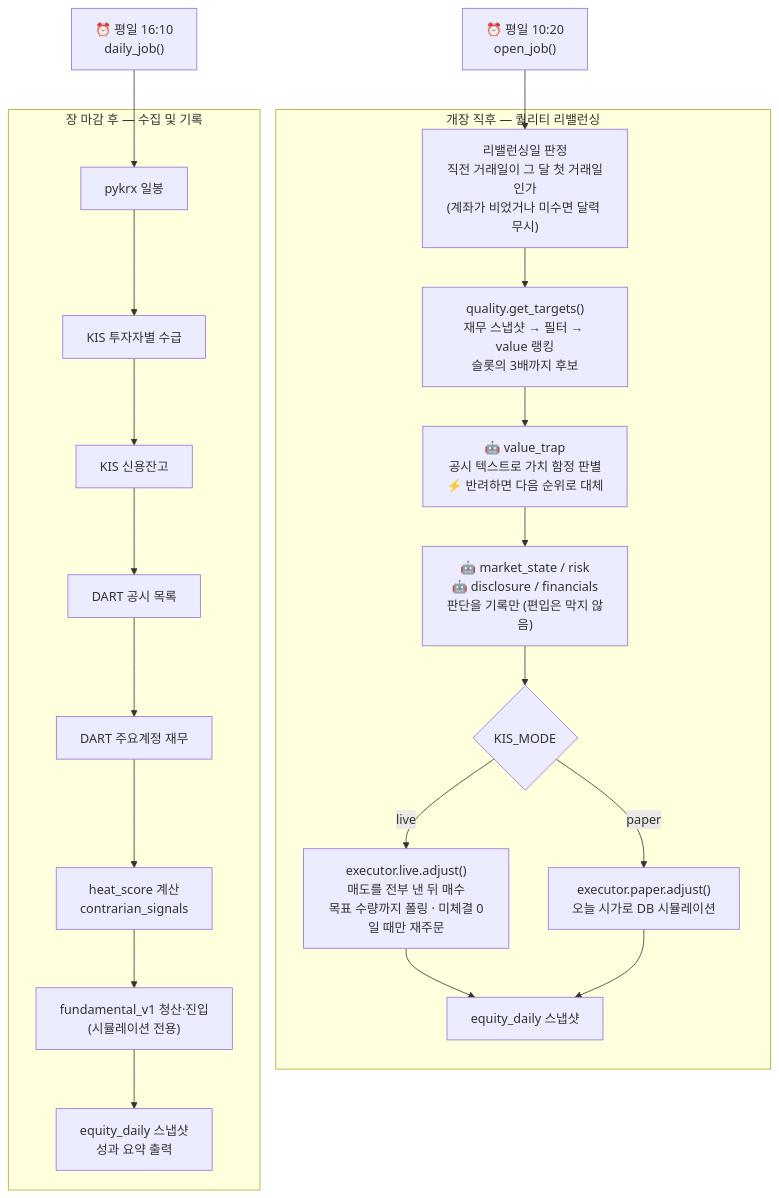
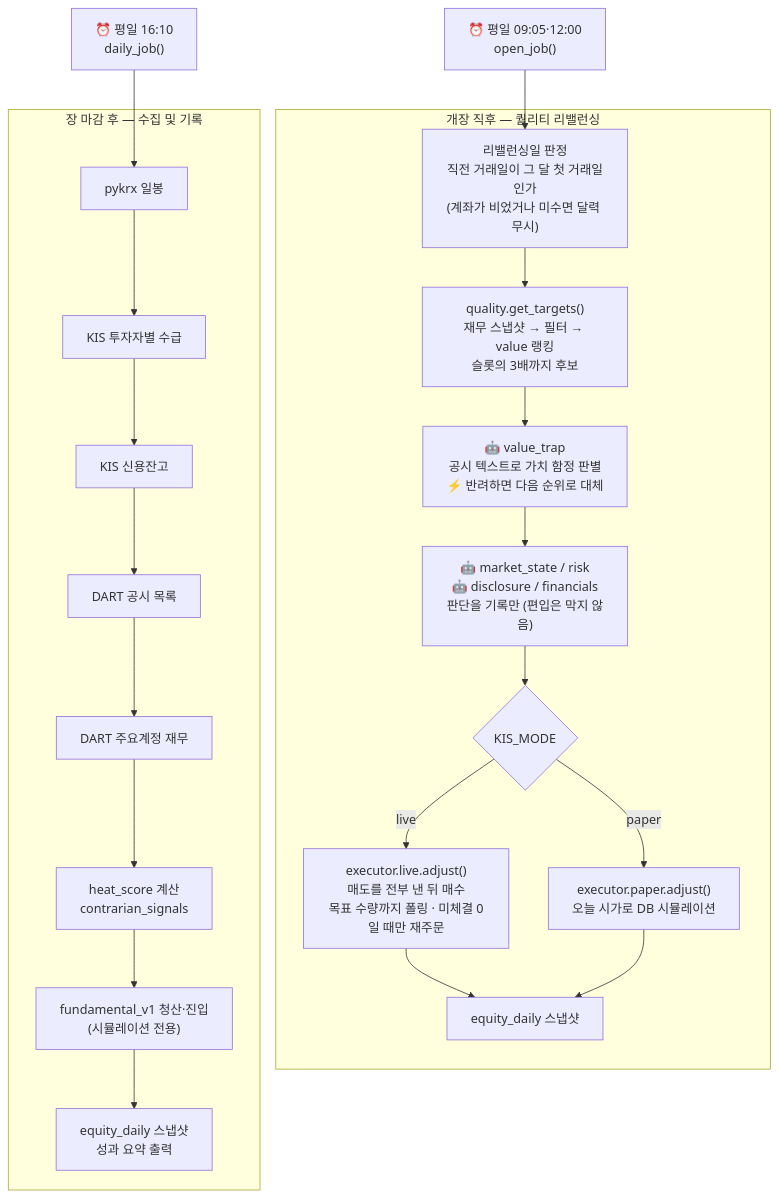
Before and after one commit to polymathPD/WarrentBuffettBot: the diagram in README.md, drawn with Mermaid. The commit also changed other lines of this file and 6 other files, not shown here.

````diff
--- a/README.md
+++ b/README.md
@@ -20,33 +20,33 @@
 ```mermaid
 flowchart TD
-    OPEN["⏰ 평일 10:20\nopen_job()"]
+    OPEN["⏰ 평일 09:05·12:00\nopen_job()"]
     CLOSE["⏰ 평일 16:10\ndaily_job()"]
 
     subgraph REBAL["개장 직후 — 퀄리티 리밸런싱"]
         R1["리밸런싱일 판정\n직전 거래일이 그 달 첫 거래일인가\n(계좌가 비었거나 미수면 달력 무시)"]
         R2["quality.get_targets()\n재무 스냅샷 → 필터 → value 랭킹\n슬롯의 3배까지 후보"]
         R3["🤖 value_trap\n공시 텍스트로 가치 함정 판별\n⚡ 반려하면 다음 순위로 대체"]
         R4["🤖 market_state / risk\n🤖 disclosure / financials\n판단을 기록만 (편입은 막지 않음)"]
         R5{"KIS_MODE"}
         R6["executor.live.adjust()\n매도를 전부 낸 뒤 매수\n목표 수량까지 폴링 · 미체결 0일 때만 재주문"]
         R7["executor.paper.adjust()\n오늘 시가로 DB 시뮬레이션"]
         R8["equity_daily 스냅샷"]
     end
 
     subgraph COLLECT["장 마감 후 — 수집 및 기록"]
         C1["pykrx 일봉"]
         C2["KIS 투자자별 수급"]
         C3["KIS 신용잔고"]
         C4["DART 공시 목록"]
         C5["DART 주요계정 재무"]
         C6["heat_score 계산\ncontrarian_signals"]
         C7["fundamental_v1 청산·진입\n(시뮬레이션 전용)"]
         C8["equity_daily 스냅샷\n성과 요약 출력"]
     end
 
     OPEN --> R1 --> R2 --> R3 --> R4 --> R5
     R5 -->|live| R6 --> R8
     R5 -->|paper| R7 --> R8
 
     CLOSE --> C1 --> C2 --> C3 --> C4 --> C5 --> C6 --> C7 --> C8
 ```
````
